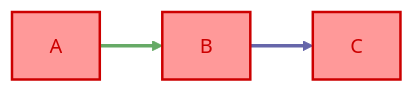
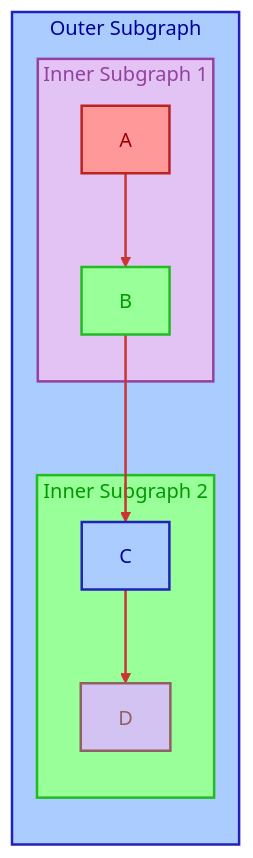
The diagram in README.md (walterrowe/python-utils), drawn with Mermaid (base theme) before and after one commit. The commit also changed other lines of this file, not shown here.

Commit message:
more complex mermaid styling

````diff
--- a/README.md
+++ b/README.md
@@ -3,11 +3,26 @@
 ```mermaid
 graph LR
 
-classDef RED fill:#f99,color:#c00,stroke:#c00,stroke-width:2px;
+linkStyle default stroke:#c33,stroke-width:1.5pt;
 
-A:::RED --> B:::RED --> C:::RED
+classDef RED fill:#f99,color:#900,stroke:#b22,stroke-width:1.5pt;
+classDef GRN fill:#9f9,color:#090,stroke:#2b2,stroke-width:1.5pt;
+classDef BLU fill:#acf,color:#009,stroke:#22b,stroke-width:1.5pt;
+classDef LAV fill:#d3c3f3,color:#916060,stroke:#916060,stroke-width:1.5pt;
 
-linkStyle 0 stroke:#6a6,stroke-width:2pt;
-linkStyle 1 stroke:#66a,stroke-width:2pt;
+style graph0 fill:#acf,color:#009,stroke:#22b,stroke-width:1.5pt;
+style graph1 fill:#e3c3f3,color:#9340a0,stroke:#9340a0,stroke-width:1.5pt;
+style graph2 fill:#9f9,color:#090,stroke:#2b2,stroke-width:1.5pt;
 
+subgraph graph0[Outer Subgraph]
+  subgraph graph1[Inner Subgraph 1]
+    A:::RED --> B:::GRN
+  end
+
+  subgraph graph2[Inner Subgraph 2]
+    C:::BLU --> D:::LAV
+  end
+
+  B --> C
+end
 ```
````
